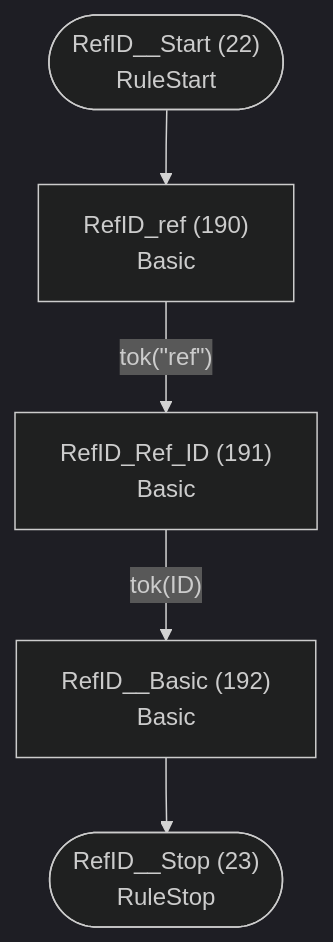
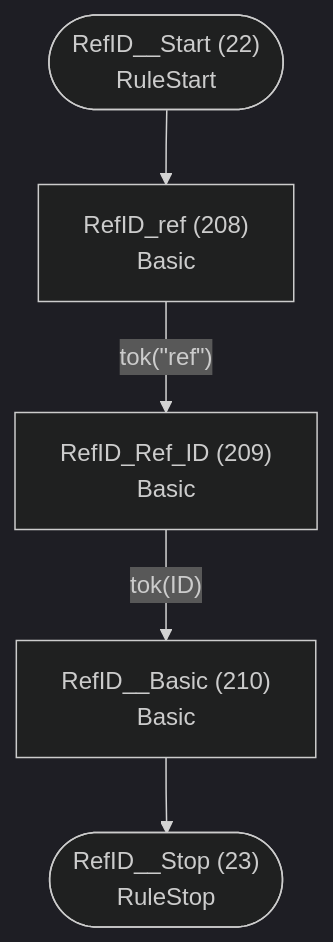
Diagram 12 of 46 in internal/languages/completion/atn.md (TypeFox/fastbelt), drawn with Mermaid (dark theme) before and after one commit. The commit also changed other lines of this file and 41 other files, not shown here.

````diff
--- a/internal/languages/completion/atn.md
+++ b/internal/languages/completion/atn.md
@@ -362,13 +382,13 @@
 ```mermaid
 flowchart TD
     q22(["RefID__Start (22)<br/>RuleStart"])
     q23(["RefID__Stop (23)<br/>RuleStop"])
-    q190["RefID_ref (190)<br/>Basic<br/>"]
-    q191["RefID_Ref_ID (191)<br/>Basic<br/>"]
-    q192["RefID__Basic (192)<br/>Basic<br/>"]
+    q208["RefID_ref (208)<br/>Basic<br/>"]
+    q209["RefID_Ref_ID (209)<br/>Basic<br/>"]
+    q210["RefID__Basic (210)<br/>Basic<br/>"]
 
-    q22 --> q190
-    q190 -->|"tok(&quot;ref&quot;)"| q191
-    q191 -->|"tok(ID)"| q192
-    q192 --> q23
+    q22 --> q208
+    q208 -->|"tok(&quot;ref&quot;)"| q209
+    q209 -->|"tok(ID)"| q210
+    q210 --> q23
 ```
````
